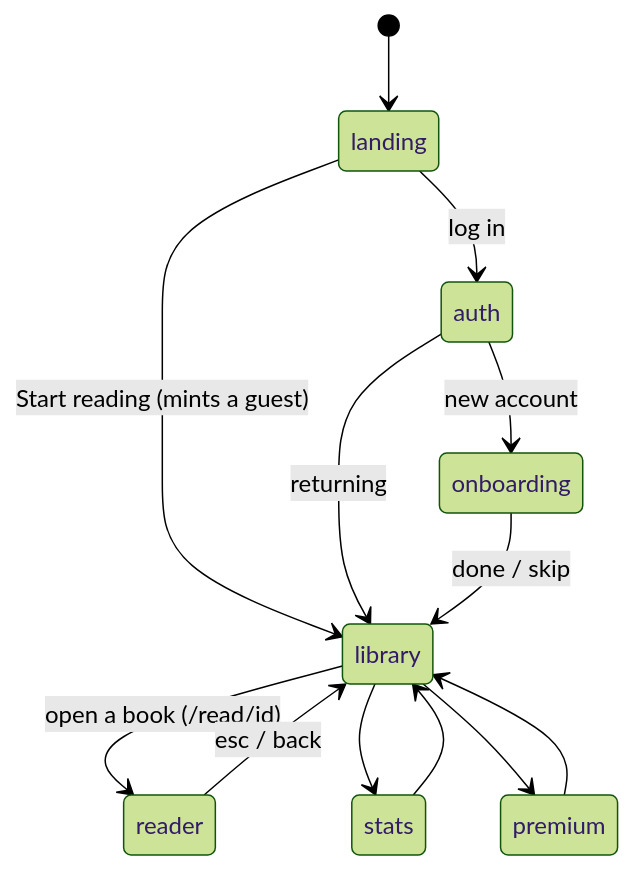
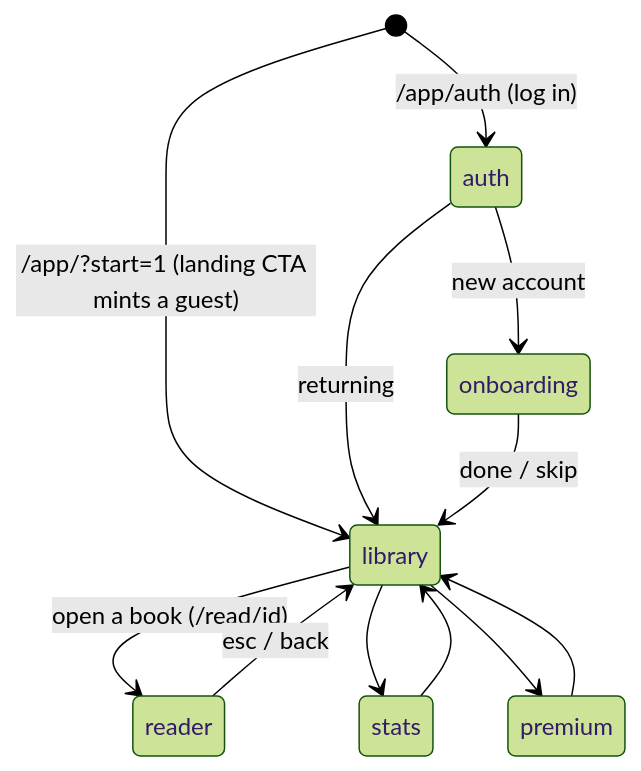
The first of 2 diagrams in README.md (one-more-refactor/flick-web), drawn with Mermaid (forest theme) before and after one commit. The commit also changed other lines of this file and 29 other files, not shown here.

First line of the commit message:
the Astro landing IS the landing: native landing out, SPA under /app/

````diff
--- a/README.md
+++ b/README.md
@@ -24,15 +26,14 @@
 ```mermaid
 stateDiagram-v2
-    [*] --> landing
-    landing --> library : Start reading (mints a guest)
-    landing --> auth : log in
+    [*] --> library : /app/?start=1 (landing CTA mints a guest)
+    [*] --> auth : /app/auth (log in)
     auth --> onboarding : new account
     auth --> library : returning
     onboarding --> library : done / skip
     library --> reader : open a book (/read/id)
     reader --> library : esc / back
     library --> stats
     stats --> library
     library --> premium
     premium --> library
 ```
````
